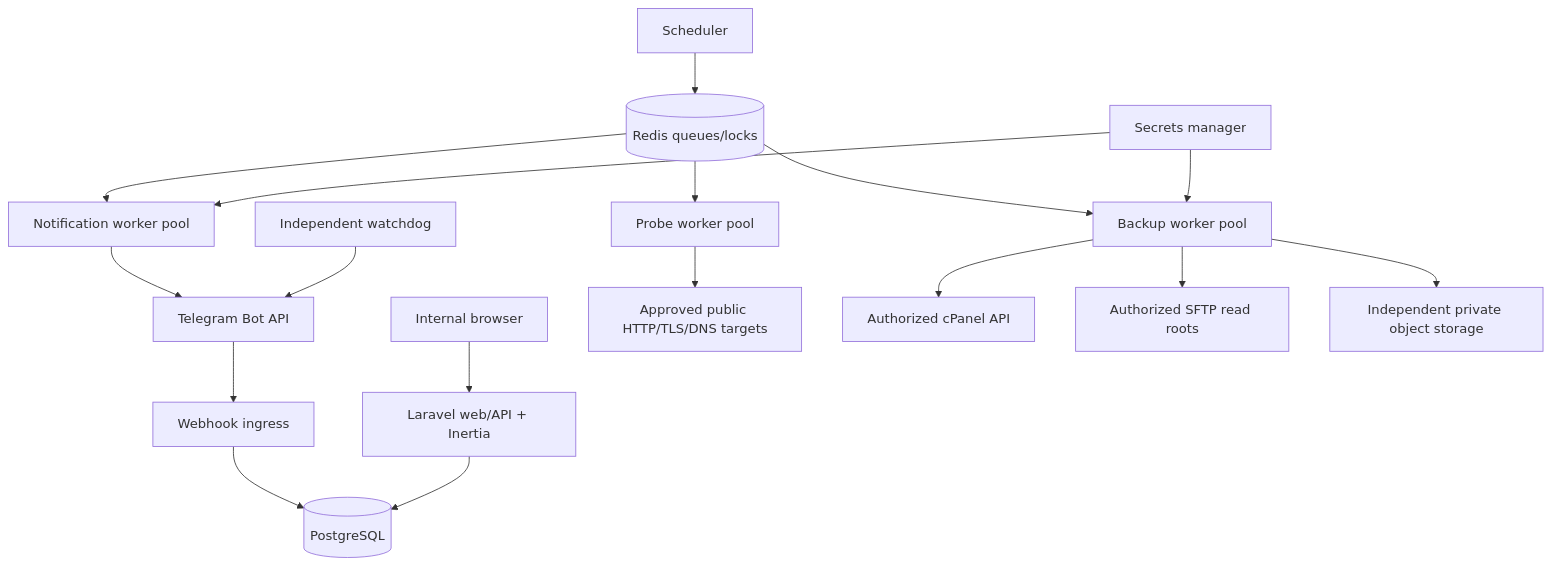
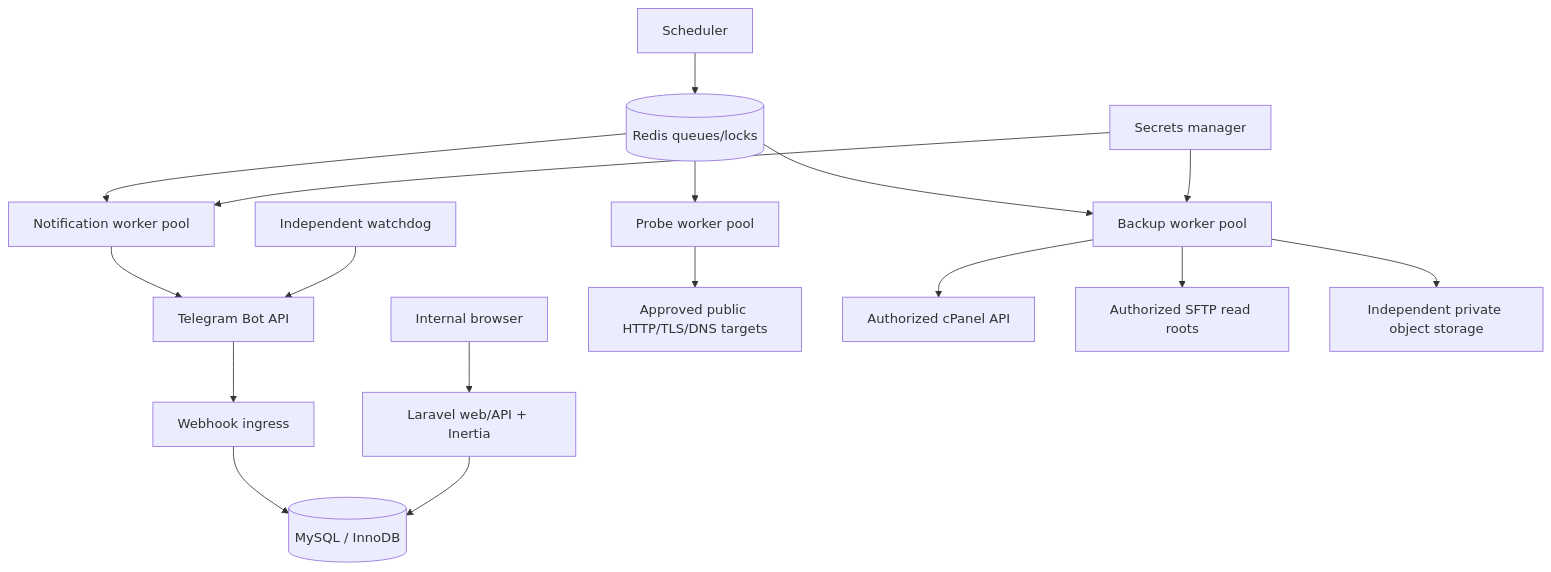
One commit to solveit-id/solveit_opshub changed the second of 3 diagrams in docs/planning/IMPLEMENTATION_PLAN.md. Above: the diagram before and after it, drawn with Mermaid. The commit also changed other lines of this file and 19 other files, not shown here.

````diff
--- a/docs/planning/IMPLEMENTATION_PLAN.md
+++ b/docs/planning/IMPLEMENTATION_PLAN.md
@@ -81,19 +81,19 @@
 ```mermaid
 flowchart TB
     Browser[Internal browser] --> Web[Laravel web/API + Inertia]
     Telegram[Telegram Bot API] --> Webhook[Webhook ingress]
-    Webhook --> DB[(PostgreSQL)]
+    Webhook --> DB[(MySQL / InnoDB)]
     Web --> DB
     Scheduler[Scheduler] --> Q[(Redis queues/locks)]
     Q --> Probe[Probe worker pool]
     Q --> Notify[Notification worker pool]
     Q --> Backup[Backup worker pool]
     Probe --> Public[Approved public HTTP/TLS/DNS targets]
     Backup --> CPanel[Authorized cPanel API]
     Backup --> SFTP[Authorized SFTP read roots]
     Backup --> Object[Independent private object storage]
     Notify --> Telegram
     Secrets[Secrets manager] --> Backup
     Secrets --> Notify
     Watchdog[Independent watchdog] --> Telegram
 ```
````
